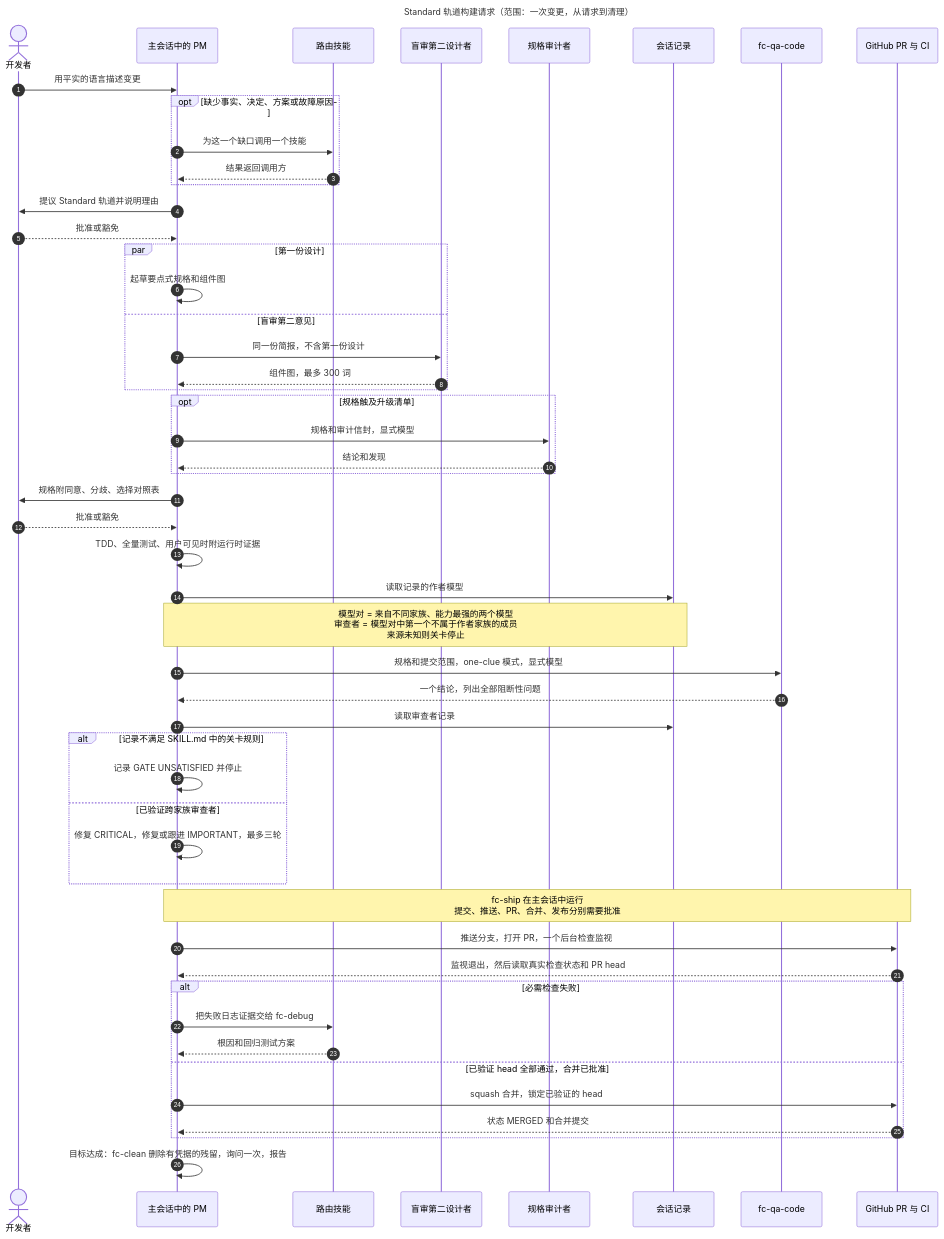
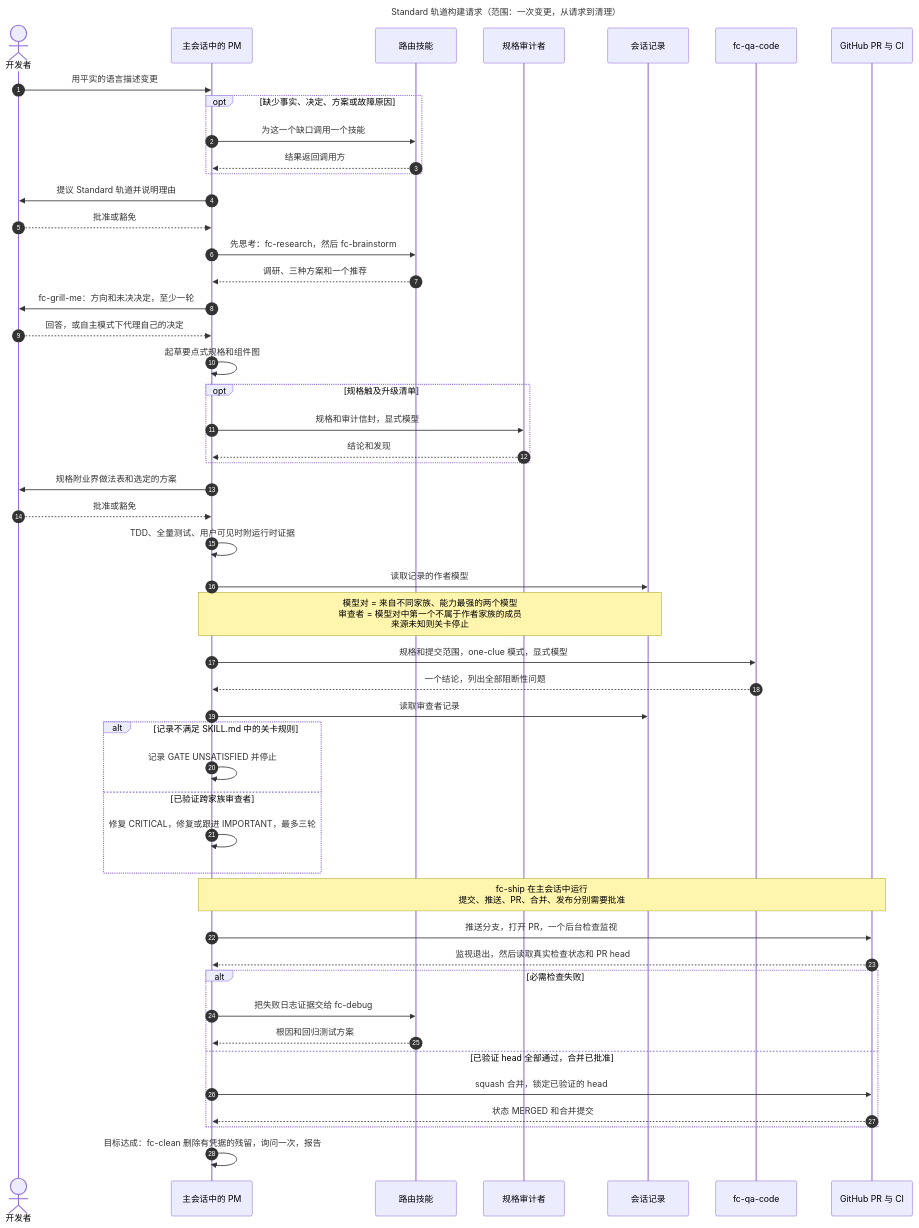
The second of 2 diagrams in wiki/Architecture-zh-CN.md (D0n9X1n/feature-crew), drawn with Mermaid before and after one commit. The commit also changed other lines of this file and 16 other files, not shown here.

````diff
--- a/wiki/Architecture-zh-CN.md
+++ b/wiki/Architecture-zh-CN.md
@@ -81,56 +81,54 @@
 ```mermaid
 ---
 title: "Standard 轨道构建请求（范围：一次变更，从请求到清理）"
 ---
 sequenceDiagram
     autonumber
     actor Dev as 开发者
     participant PM as 主会话中的 PM
     participant Sub as 路由技能
-    participant SD as 盲审第二设计者
     participant Aud as 规格审计者
     participant Rec as 会话记录
     participant QA as fc-qa-code
     participant GH as GitHub PR 与 CI
     Dev->>PM: 用平实的语言描述变更
     opt 缺少事实、决定、方案或故障原因
         PM->>Sub: 为这一个缺口调用一个技能
         Sub-->>PM: 结果返回调用方
     end
     PM->>Dev: 提议 Standard 轨道并说明理由
     Dev-->>PM: 批准或豁免
-    par 第一份设计
-        PM->>PM: 起草要点式规格和组件图
-    and 盲审第二意见
-        PM->>SD: 同一份简报，不含第一份设计
-        SD-->>PM: 组件图，最多 300 词
-    end
+    PM->>Sub: 先思考：fc-research，然后 fc-brainstorm
+    Sub-->>PM: 调研、三种方案和一个推荐
+    PM->>Dev: fc-grill-me：方向和未决决定，至少一轮
+    Dev-->>PM: 回答，或自主模式下代理自己的决定
+    PM->>PM: 起草要点式规格和组件图
     opt 规格触及升级清单
         PM->>Aud: 规格和审计信封，显式模型
         Aud-->>PM: 结论和发现
     end
-    PM->>Dev: 规格附同意、分歧、选择对照表
+    PM->>Dev: 规格附业界做法表和选定的方案
     Dev-->>PM: 批准或豁免
     PM->>PM: TDD、全量测试、用户可见时附运行时证据
     PM->>Rec: 读取记录的作者模型
     Note over PM,Rec: 模型对 = 来自不同家族、能力最强的两个模型<br/>审查者 = 模型对中第一个不属于作者家族的成员<br/>来源未知则关卡停止
     PM->>QA: 规格和提交范围，one-clue 模式，显式模型
     QA-->>PM: 一个结论，列出全部阻断性问题
     PM->>Rec: 读取审查者记录
     alt 记录不满足 SKILL.md 中的关卡规则
         PM->>PM: 记录 GATE UNSATISFIED 并停止
     else 已验证跨家族审查者
         PM->>PM: 修复 CRITICAL，修复或跟进 IMPORTANT，最多三轮
     end
     Note over PM,GH: fc-ship 在主会话中运行<br/>提交、推送、PR、合并、发布分别需要批准
     PM->>GH: 推送分支，打开 PR，一个后台检查监视
     GH-->>PM: 监视退出，然后读取真实检查状态和 PR head
     alt 必需检查失败
         PM->>Sub: 把失败日志证据交给 fc-debug
         Sub-->>PM: 根因和回归测试方案
     else 已验证 head 全部通过，合并已批准
         PM->>GH: squash 合并，锁定已验证的 head
         GH-->>PM: 状态 MERGED 和合并提交
     end
     PM->>PM: 目标达成：fc-clean 删除有凭据的残留，询问一次，报告
 ```
````
